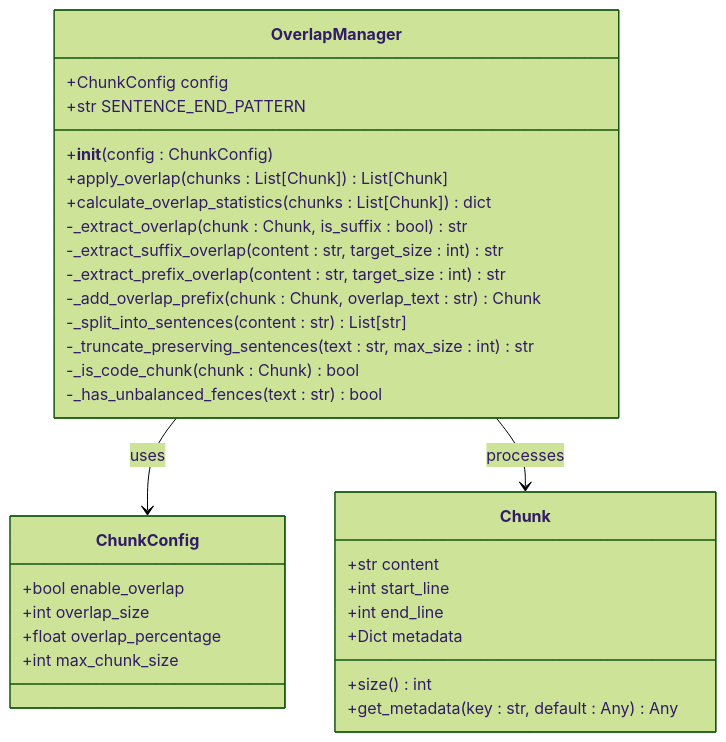
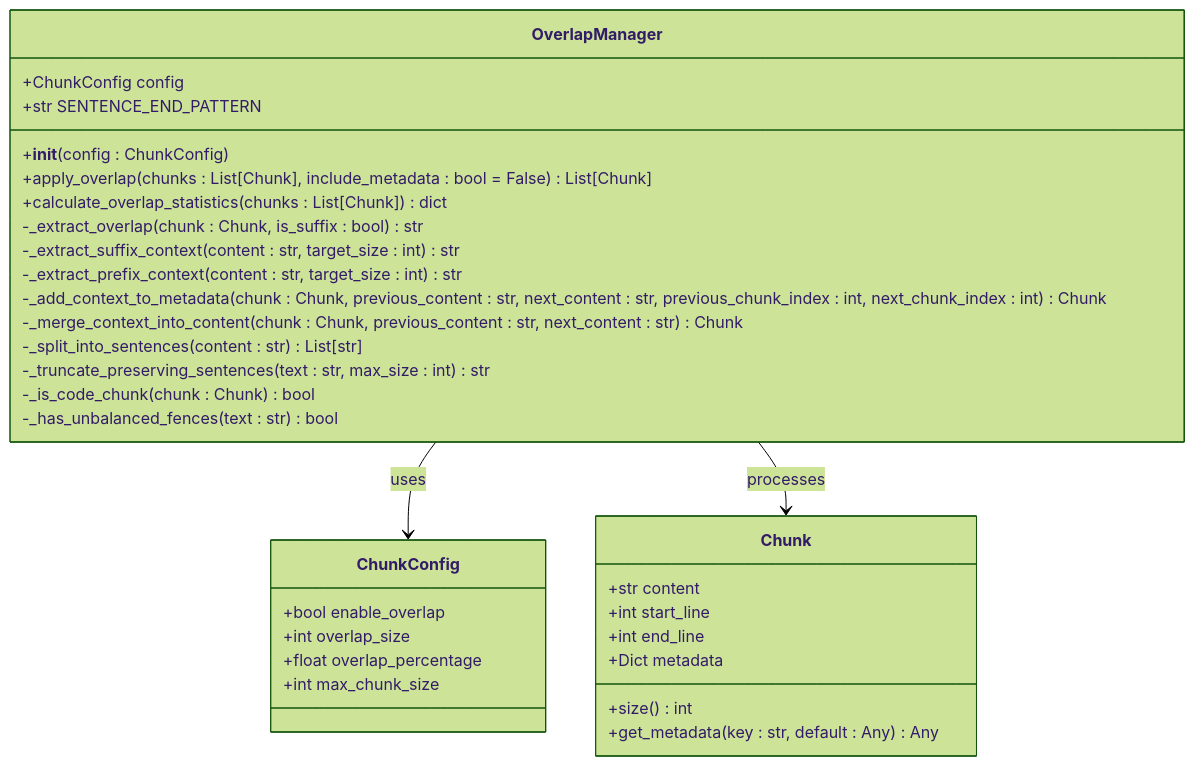
One commit to asukhodko/dify-markdown-chunker changed the second of 5 diagrams in .qoder/repowiki/en/content/Architecture & Design/Orchestrator Engine/Orchestration Pipeline/Post-Processing Pipeline/Overlap Management.md. Above: the diagram before and after it, drawn with Mermaid (forest theme). The commit also changed other lines of this file and 1 other file, not shown here.

First line of the commit message:
docs(overlap_manager): update docs for metadata-based overlap mode

````diff
--- a/.qoder/repowiki/en/content/Architecture & Design/Orchestrator Engine/Orchestration Pipeline/Post-Processing Pipeline/Overlap Management.md
+++ b/.qoder/repowiki/en/content/Architecture & Design/Orchestrator Engine/Orchestration Pipeline/Post-Processing Pipeline/Overlap Management.md
@@ -71,34 +81,35 @@
 ```mermaid
 classDiagram
 class OverlapManager {
 +ChunkConfig config
 +str SENTENCE_END_PATTERN
 +__init__(config : ChunkConfig)
-+apply_overlap(chunks : List[Chunk]) List[Chunk]
++apply_overlap(chunks : List[Chunk], include_metadata : bool = False) List[Chunk]
 +calculate_overlap_statistics(chunks : List[Chunk]) dict
 -_extract_overlap(chunk : Chunk, is_suffix : bool) str
--_extract_suffix_overlap(content : str, target_size : int) str
--_extract_prefix_overlap(content : str, target_size : int) str
--_add_overlap_prefix(chunk : Chunk, overlap_text : str) Chunk
+-_extract_suffix_context(content : str, target_size : int) str
+-_extract_prefix_context(content : str, target_size : int) str
+-_add_context_to_metadata(chunk : Chunk, previous_content : str, next_content : str, previous_chunk_index : int, next_chunk_index : int) Chunk
+-_merge_context_into_content(chunk : Chunk, previous_content : str, next_content : str) Chunk
 -_split_into_sentences(content : str) List[str]
 -_truncate_preserving_sentences(text : str, max_size : int) str
 -_is_code_chunk(chunk : Chunk) bool
 -_has_unbalanced_fences(text : str) bool
 }
 class Chunk {
 +str content
 +int start_line
 +int end_line
 +Dict metadata
 +size() int
 +get_metadata(key : str, default : Any) Any
 }
 class ChunkConfig {
 +bool enable_overlap
 +int overlap_size
 +float overlap_percentage
 +int max_chunk_size
 }
 OverlapManager --> ChunkConfig : uses
 OverlapManager --> Chunk : processes
 ```
````
